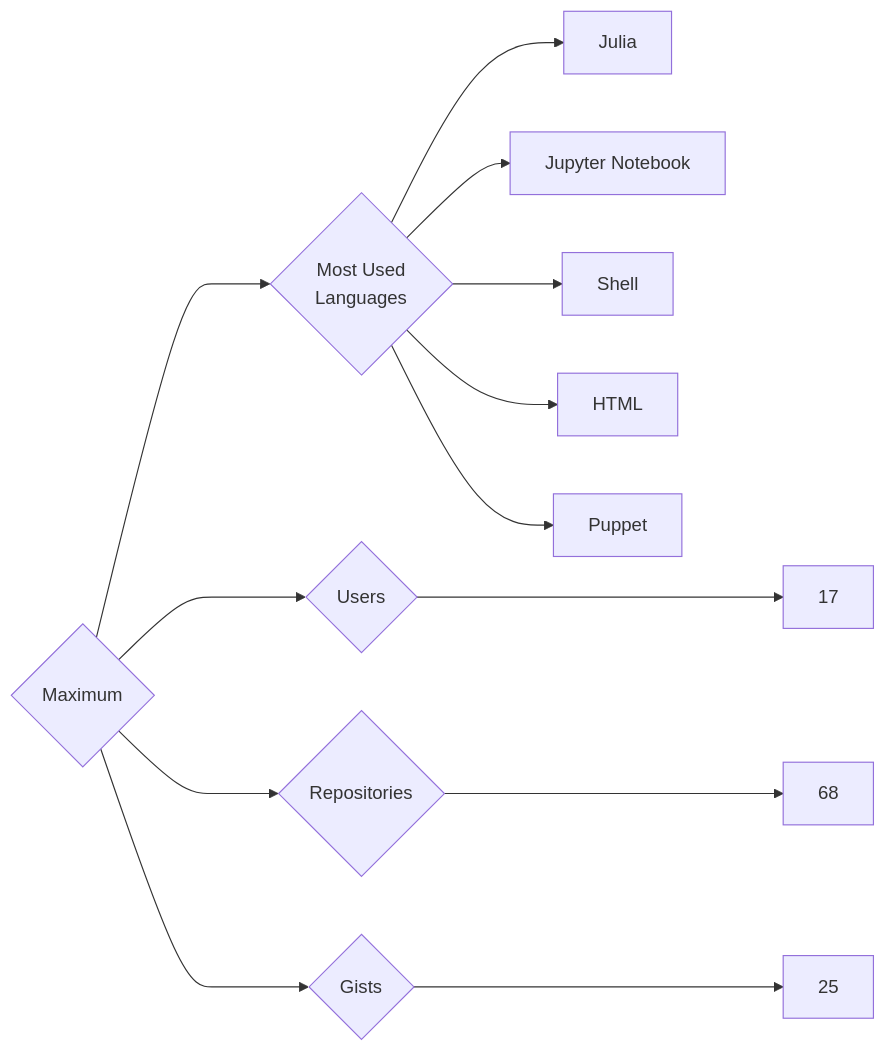
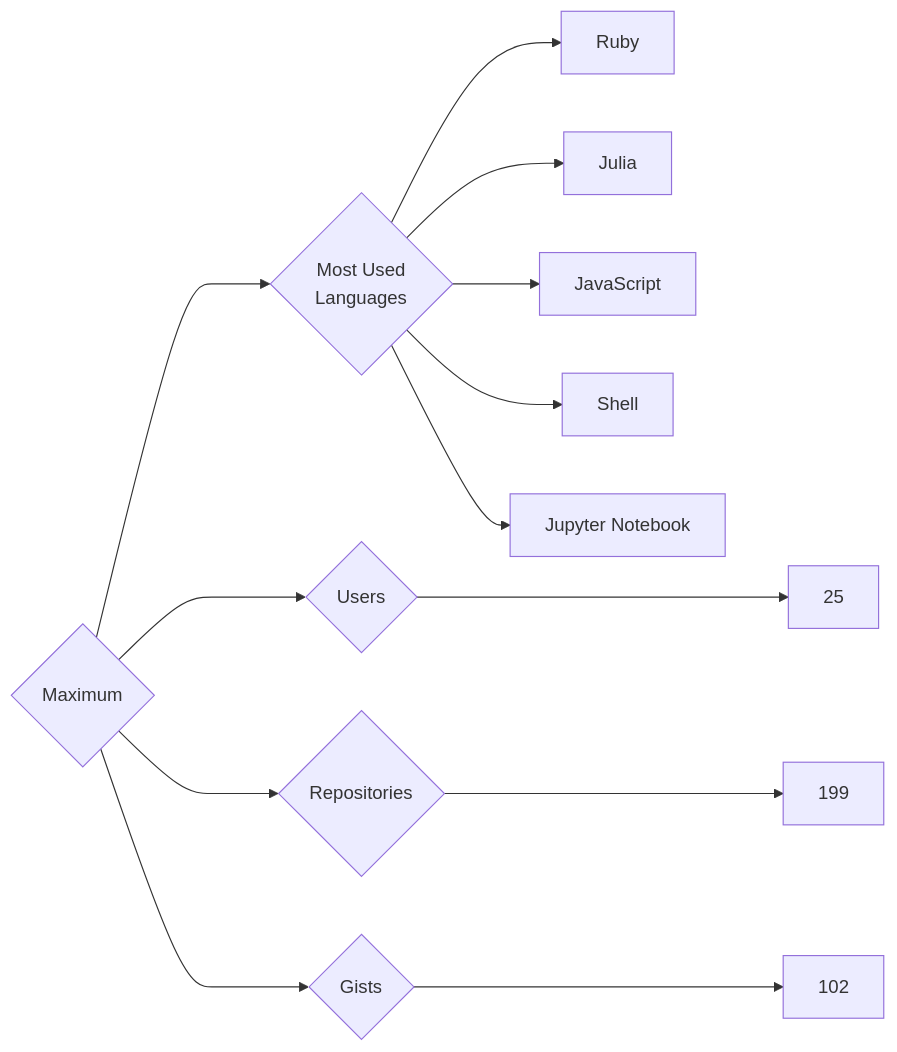
Before and after one commit to trickest/insiders: the diagram in targets/Maximum/README.md, drawn with Mermaid. The commit also changed 973 other files, not shown here.

````diff
--- a/targets/Maximum/README.md
+++ b/targets/Maximum/README.md
@@ -3,13 +3,13 @@
 ```mermaid
 graph LR
 COMPANY_NAME{Maximum}
-COMPANY_NAME ---> U{Users} ---> UN[17]
-COMPANY_NAME ---> R{Repositories} ---> RN[68]
-COMPANY_NAME ---> G{Gists} ---> GN[25]
+COMPANY_NAME ---> U{Users} ---> UN[25]
+COMPANY_NAME ---> R{Repositories} ---> RN[199]
+COMPANY_NAME ---> G{Gists} ---> GN[102]
 COMPANY_NAME ---> ML{Most Used<br>Languages}
+ML --> Ruby[Ruby]
 ML --> Julia[Julia]
+ML --> JavaScript[JavaScript]
+ML --> Shell[Shell]
 ML --> Jupyter_Notebook[Jupyter Notebook]
-ML --> Shell[Shell]
-ML --> HTML[HTML]
-ML --> Puppet[Puppet]
 ```
````
